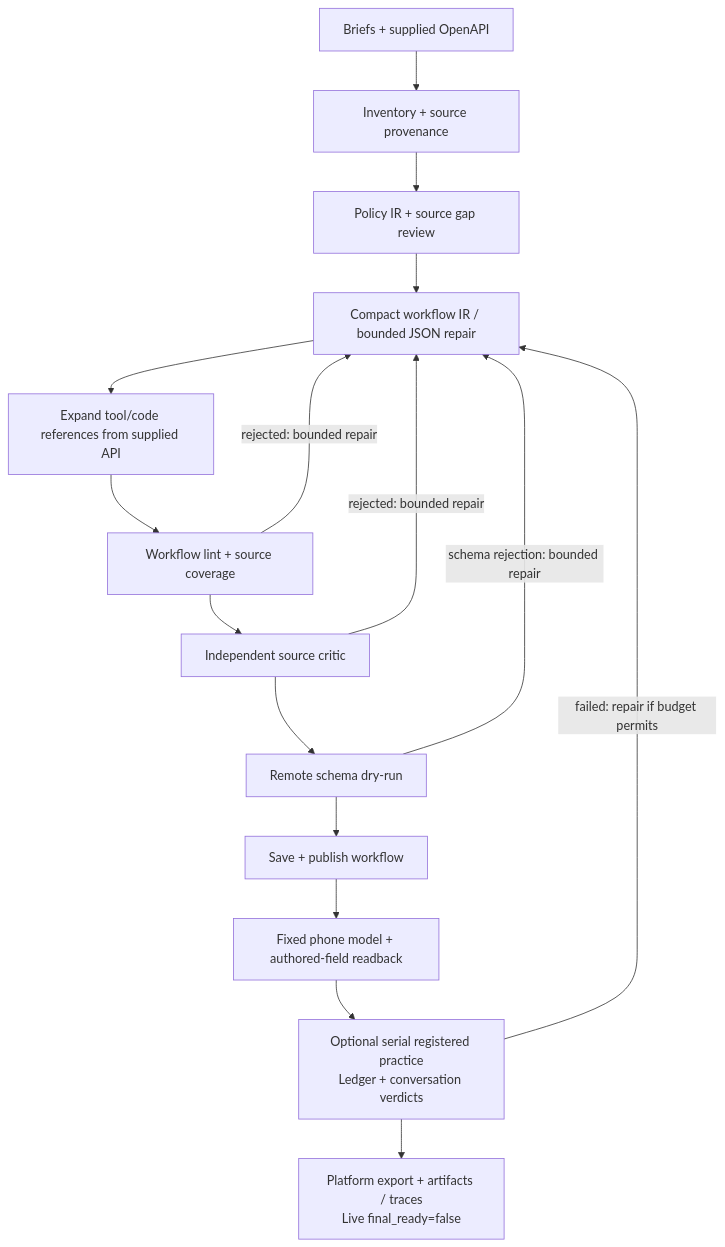
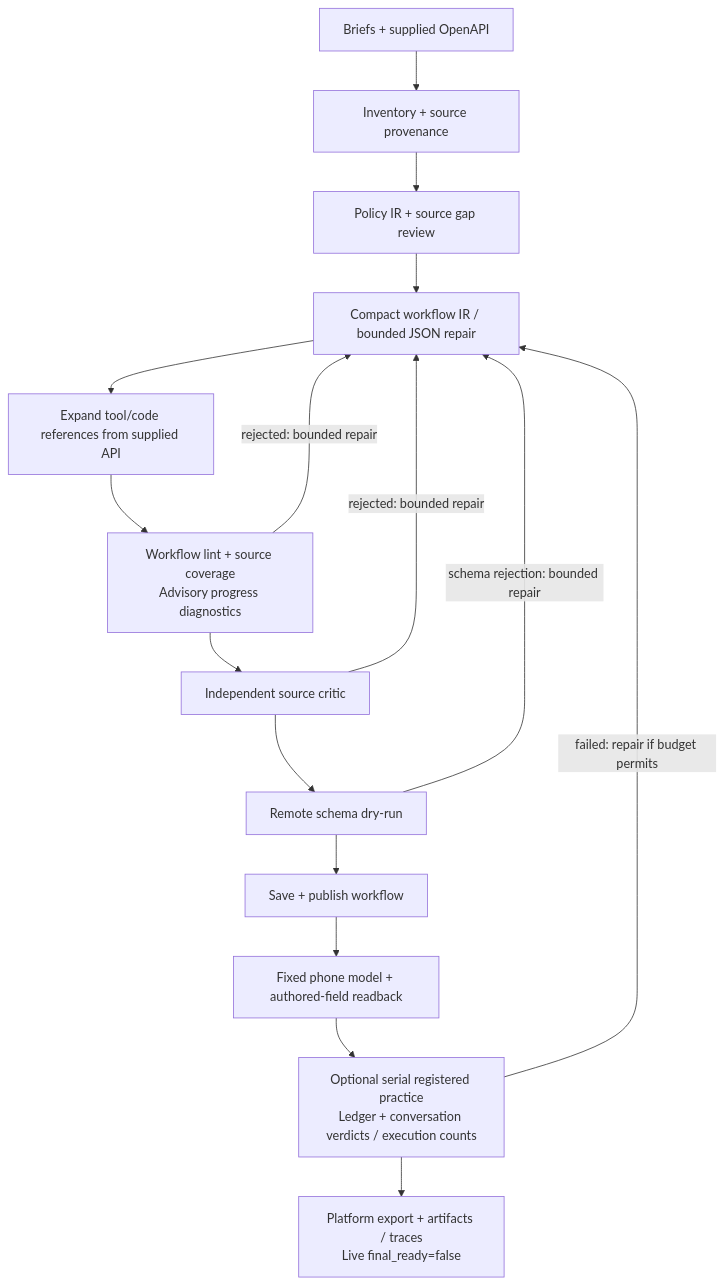
Before and after one commit to bahadir-bakla/fraya: the diagram in docs/builder-architecture.mmd, drawn with Mermaid. The commit also changed 23 other files, not shown here.

Commit message:
Add execution progress diagnostics and bounded source-review repair

```diff
--- a/docs/builder-architecture.mmd
+++ b/docs/builder-architecture.mmd
@@ -1,17 +1,17 @@
 flowchart TD
   %% Implemented build-live path; guarded_actions is not automatically wired.
   Inputs["Briefs + supplied OpenAPI"] --> Inventory["Inventory + source provenance"]
   Inventory --> Policy["Policy IR + source gap review"]
   Policy --> Compact["Compact workflow IR / bounded JSON repair"]
   Compact --> Expand["Expand tool/code references from supplied API"]
-  Expand --> Lint["Workflow lint + source coverage"]
+  Expand --> Lint["Workflow lint + source coverage<br/>Advisory progress diagnostics"]
   Lint --> Critic["Independent source critic"]
   Critic --> DryRun["Remote schema dry-run"]
   DryRun --> Publish["Save + publish workflow"]
   Publish --> Readback["Fixed phone model + authored-field readback"]
-  Readback --> Practice["Optional serial registered practice<br/>Ledger + conversation verdicts"]
+  Readback --> Practice["Optional serial registered practice<br/>Ledger + conversation verdicts / execution counts"]
   Practice --> Evidence["Platform export + artifacts / traces<br/>Live final_ready=false"]
   Lint -->|rejected: bounded repair| Compact
   Critic -->|rejected: bounded repair| Compact
   DryRun -->|schema rejection: bounded repair| Compact
   Practice -->|failed: repair if budget permits| Compact
```
